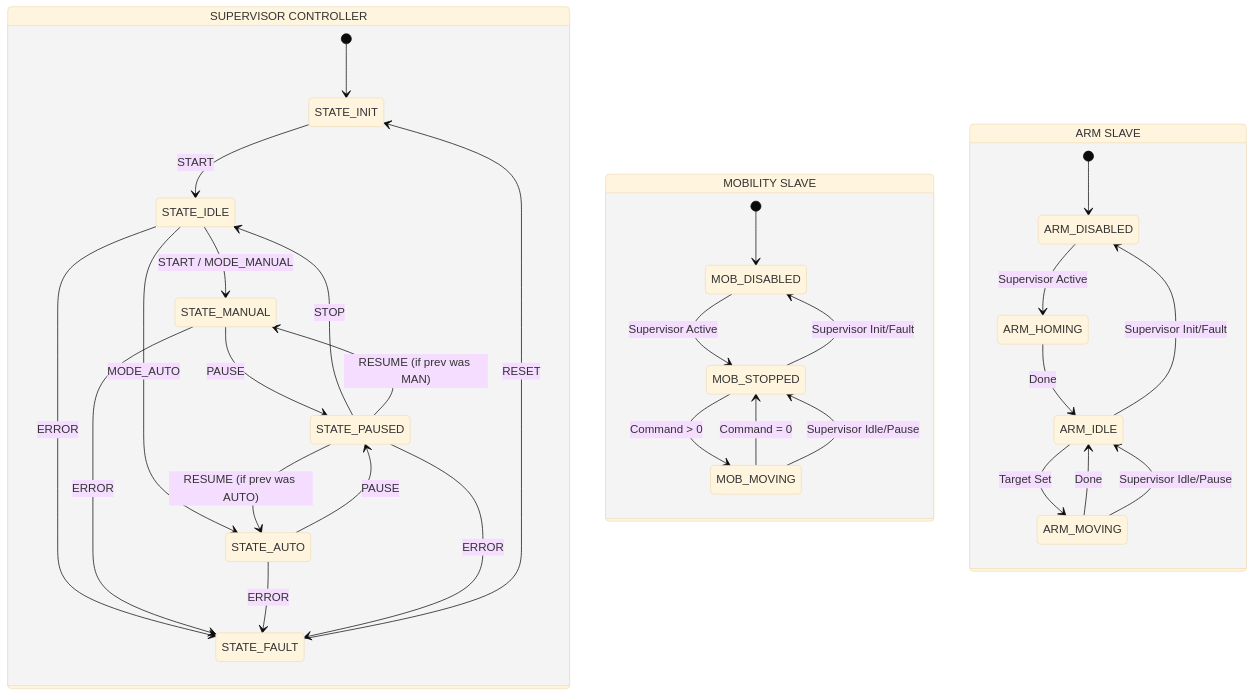
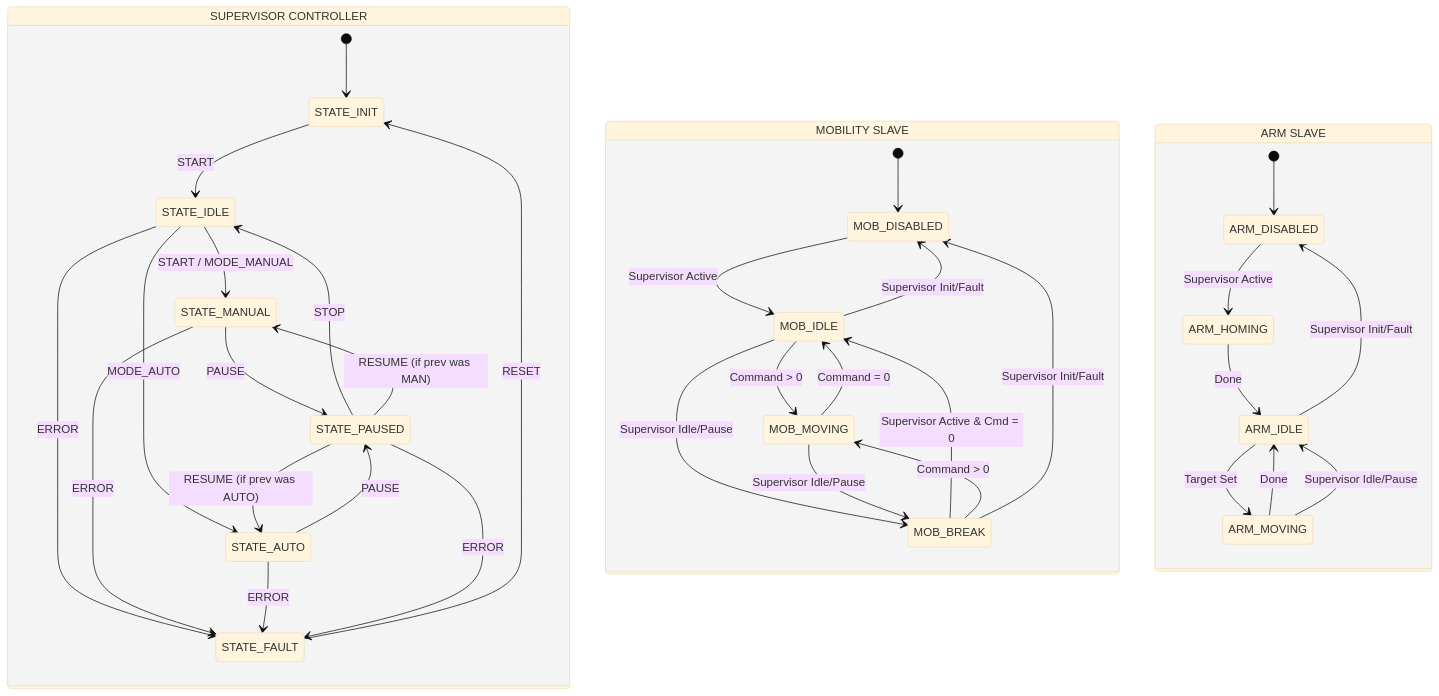
Before and after one commit to ipobletev/sme-stm32f407-4wcl: the diagram in docs/state_machine.md, drawn with Mermaid (base theme). The commit also changed other lines of this file and 15 other files, not shown here.

````diff
--- a/docs/state_machine.md
+++ b/docs/state_machine.md
@@ -130,42 +132,46 @@
 ```mermaid
 stateDiagram-v2
     state "SUPERVISOR CONTROLLER" as Supervisor {
         [*] --> STATE_INIT
         STATE_INIT --> STATE_IDLE : START
         STATE_IDLE --> STATE_MANUAL : START / MODE_MANUAL
         STATE_IDLE --> STATE_AUTO : MODE_AUTO
         
         STATE_MANUAL --> STATE_PAUSED : PAUSE
         STATE_AUTO --> STATE_PAUSED : PAUSE
         
         STATE_PAUSED --> STATE_IDLE : STOP
         STATE_PAUSED --> STATE_MANUAL : RESUME (if prev was MAN)
         STATE_PAUSED --> STATE_AUTO : RESUME (if prev was AUTO)
 
         STATE_IDLE --> STATE_FAULT : ERROR
         STATE_MANUAL --> STATE_FAULT : ERROR
         STATE_AUTO --> STATE_FAULT : ERROR
         STATE_PAUSED --> STATE_FAULT : ERROR
         
         STATE_FAULT --> STATE_INIT : RESET
     }
 
     state "MOBILITY SLAVE" as Mob {
         [*] --> MOB_DISABLED
-        MOB_DISABLED --> MOB_STOPPED : Supervisor Active
-        MOB_STOPPED --> MOB_MOVING : Command > 0
-        MOB_MOVING --> MOB_STOPPED : Command = 0
-        MOB_STOPPED --> MOB_DISABLED : Supervisor Init/Fault
-        MOB_MOVING --> MOB_STOPPED : Supervisor Idle/Pause
+        MOB_DISABLED --> MOB_IDLE : Supervisor Active
+        MOB_IDLE --> MOB_MOVING : Command > 0
+        MOB_MOVING --> MOB_IDLE : Command = 0
+        MOB_IDLE --> MOB_BREAK : Supervisor Idle/Pause
+        MOB_MOVING --> MOB_BREAK : Supervisor Idle/Pause
+        MOB_BREAK --> MOB_IDLE : Supervisor Active & Cmd = 0
+        MOB_BREAK --> MOB_MOVING : Command > 0
+        MOB_IDLE --> MOB_DISABLED : Supervisor Init/Fault
+        MOB_BREAK --> MOB_DISABLED : Supervisor Init/Fault
     }
 
     state "ARM SLAVE" as Arm {
         [*] --> ARM_DISABLED
         ARM_DISABLED --> ARM_HOMING : Supervisor Active
         ARM_HOMING --> ARM_IDLE : Done
         ARM_IDLE --> ARM_MOVING : Target Set
         ARM_MOVING --> ARM_IDLE : Done
         ARM_IDLE --> ARM_DISABLED : Supervisor Init/Fault
         ARM_MOVING --> ARM_IDLE : Supervisor Idle/Pause
     }
 ```
````
